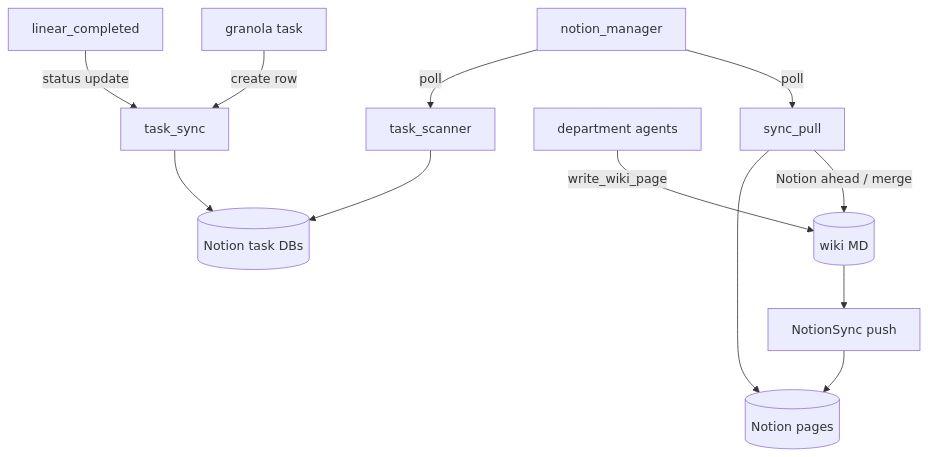
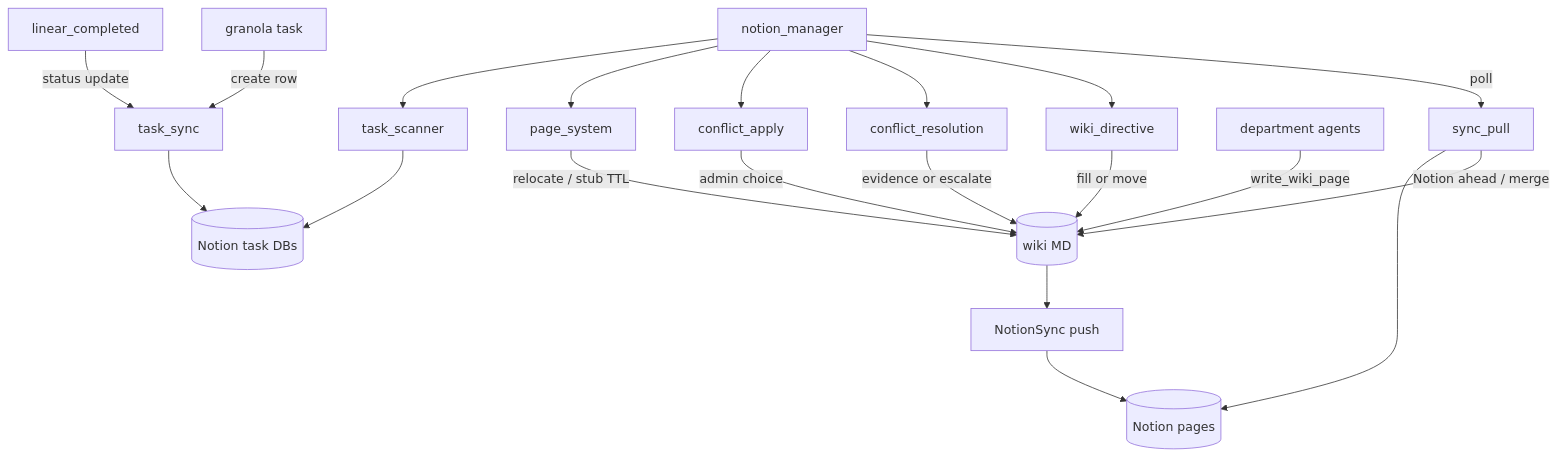
The fifth of 5 diagrams in docs/agents/operations.md (NickyHeC/4r7a), drawn with Mermaid before and after one commit. The commit also changed other lines of this file and 19 other files, not shown here.

First line of the commit message:
Add Notion @wiki directives, conflict resolution, and page_system.

````diff
--- a/docs/agents/operations.md
+++ b/docs/agents/operations.md
@@ -637,14 +638,22 @@
 ```mermaid
 flowchart TD
   NM[notion_manager] -->|poll| SP[sync_pull]
-  NM -->|poll| TS[task_scanner]
+  NM --> WD[wiki_directive]
+  NM --> CR[conflict_resolution]
+  NM --> CA[conflict_apply]
+  NM --> PS[page_system]
+  NM --> TS[task_scanner]
   SP -->|Notion ahead / merge| MD[(wiki MD)]
+  WD -->|fill or move| MD
+  CR -->|evidence or escalate| MD
+  CA -->|admin choice| MD
+  PS -->|relocate / stub TTL| MD
   AG[department agents] -->|write_wiki_page| MD
   MD --> NS[NotionSync push]
   NS --> N[(Notion pages)]
   SP --> N
   TS --> NDB[(Notion task DBs)]
   GT[granola task] -->|create row| SYNC[task_sync]
   LC[linear_completed] -->|status update| SYNC
   SYNC --> NDB
 ```
````
